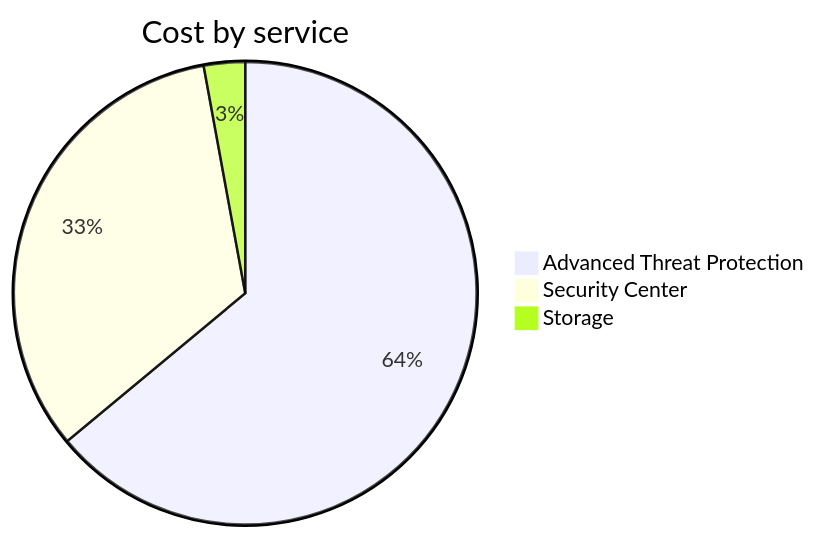
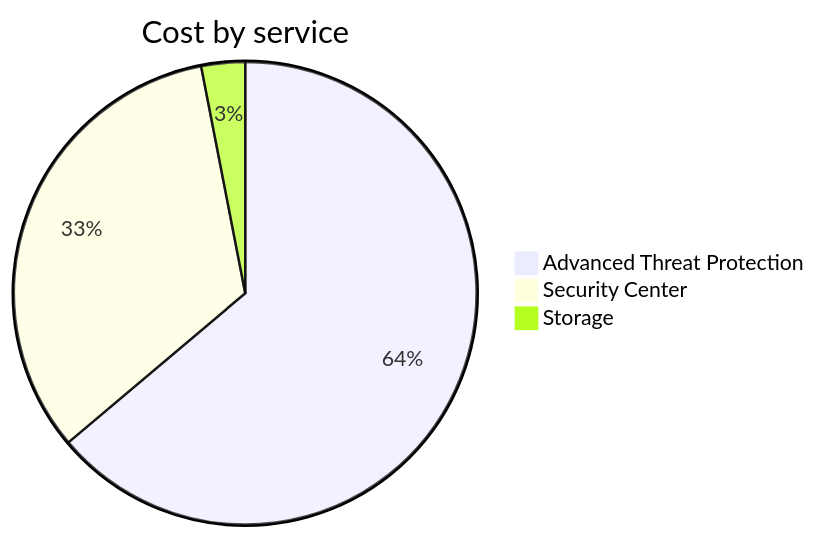
Before and after one commit to jpfulton/azure-personal-reports: the second of 4 diagrams in cost-reports/cloud-shell-storage-eastus/README.md, drawn with Mermaid. The commit also changed other lines of this file and 1 other file, not shown here.

````diff
--- a/cost-reports/cloud-shell-storage-eastus/README.md
+++ b/cost-reports/cloud-shell-storage-eastus/README.md
@@ -95,7 +95,7 @@
 ```mermaid
 pie
    title Cost by service
    "Advanced Threat Protection" : 3.55
    "Security Center" : 1.84
-   "Storage" : 0.16
+   "Storage" : 0.17
 ```
````
